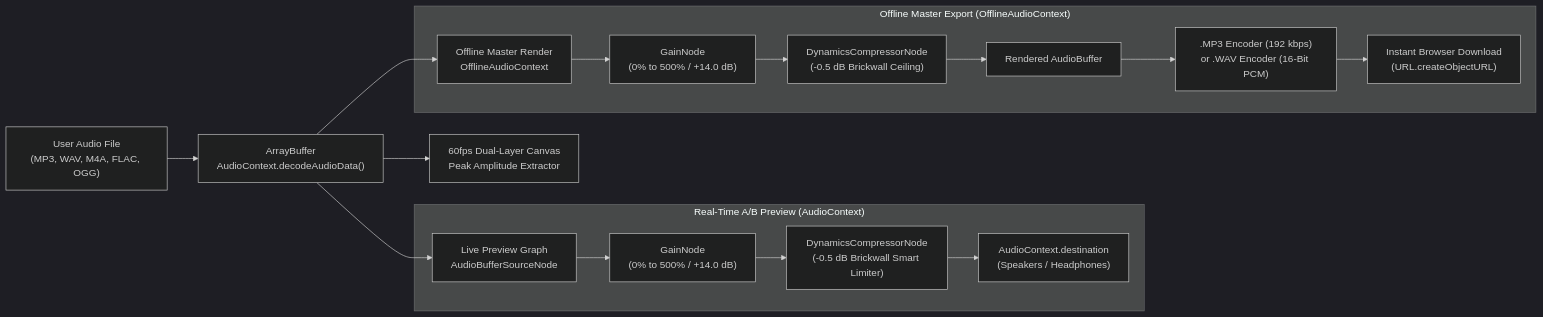
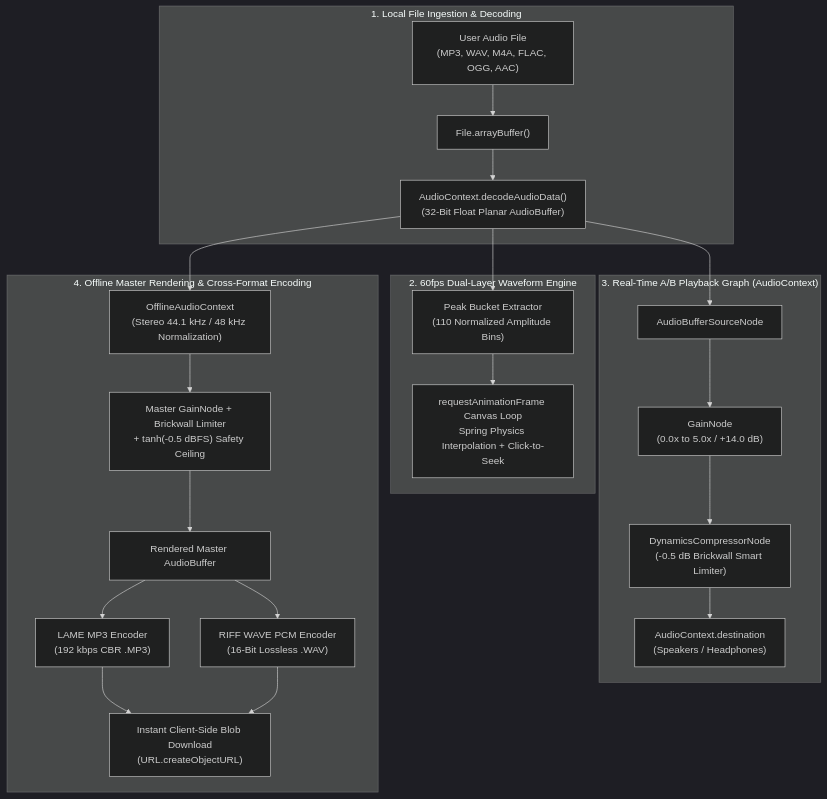
The diagram in README.md (increasevolume/increasevolume.github.io), drawn with Mermaid (dark theme) before and after one commit. The commit also changed other lines of this file, not shown here.

````diff
--- a/README.md
+++ b/README.md
@@ -28,21 +71,29 @@
 ```mermaid
-flowchart LR
-  A["User Audio File\n(MP3, WAV, M4A, FLAC, OGG)"] --> B["ArrayBuffer\nAudioContext.decodeAudioData()"]
-  B --> C["60fps Dual-Layer Canvas\nPeak Amplitude Extractor"]
-  B --> D["Live Preview Graph\nAudioBufferSourceNode"]
-  B --> E["Offline Master Render\nOfflineAudioContext"]
-
-  subgraph LiveEngine ["Real-Time A/B Preview (AudioContext)"]
-    D --> F["GainNode\n(0% to 500% / +14.0 dB)"]
-    F --> G["DynamicsCompressorNode\n(-0.5 dB Brickwall Smart Limiter)"]
-    G --> H["AudioContext.destination\n(Speakers / Headphones)"]
+flowchart TB
+  subgraph InputStage ["1. Local File Ingestion & Decoding"]
+    A["User Audio File\n(MP3, WAV, M4A, FLAC, OGG, AAC)"] --> B["File.arrayBuffer()"]
+    B --> C["AudioContext.decodeAudioData()\n(32-Bit Float Planar AudioBuffer)"]
   end
 
-  subgraph ExportEngine ["Offline Master Export (OfflineAudioContext)"]
-    E --> I["GainNode\n(0% to 500% / +14.0 dB)"]
-    I --> J["DynamicsCompressorNode\n(-0.5 dB Brickwall Ceiling)"]
-    J --> K["Rendered AudioBuffer"]
-    K --> L[".MP3 Encoder (192 kbps)\nor .WAV Encoder (16-Bit PCM)"]
-    L --> M["Instant Browser Download\n(URL.createObjectURL)"]
+  subgraph VisualStage ["2. 60fps Dual-Layer Waveform Engine"]
+    C --> D["Peak Bucket Extractor\n(110 Normalized Amplitude Bins)"]
+    D --> E["requestAnimationFrame Canvas Loop\nSpring Physics Interpolation + Click-to-Seek"]
+  end
+
+  subgraph LiveStage ["3. Real-Time A/B Playback Graph (AudioContext)"]
+    C --> F["AudioBufferSourceNode"]
+    F --> G["GainNode\n(0.0x to 5.0x / +14.0 dB)"]
+    G --> H["DynamicsCompressorNode\n(-0.5 dB Brickwall Smart Limiter)"]
+    H --> I["AudioContext.destination\n(Speakers / Headphones)"]
+  end
+
+  subgraph ExportStage ["4. Offline Master Rendering & Cross-Format Encoding"]
+    C --> J["OfflineAudioContext\n(Stereo 44.1 kHz / 48 kHz Normalization)"]
+    J --> K["Master GainNode + Brickwall Limiter\n+ tanh(-0.5 dBFS) Safety Ceiling"]
+    K --> L["Rendered Master AudioBuffer"]
+    L --> M1["LAME MP3 Encoder\n(192 kbps CBR .MP3)"]
+    L --> M2["RIFF WAVE PCM Encoder\n(16-Bit Lossless .WAV)"]
+    M1 --> N["Instant Client-Side Blob Download\n(URL.createObjectURL)"]
+    M2 --> N
   end
 ```
````
